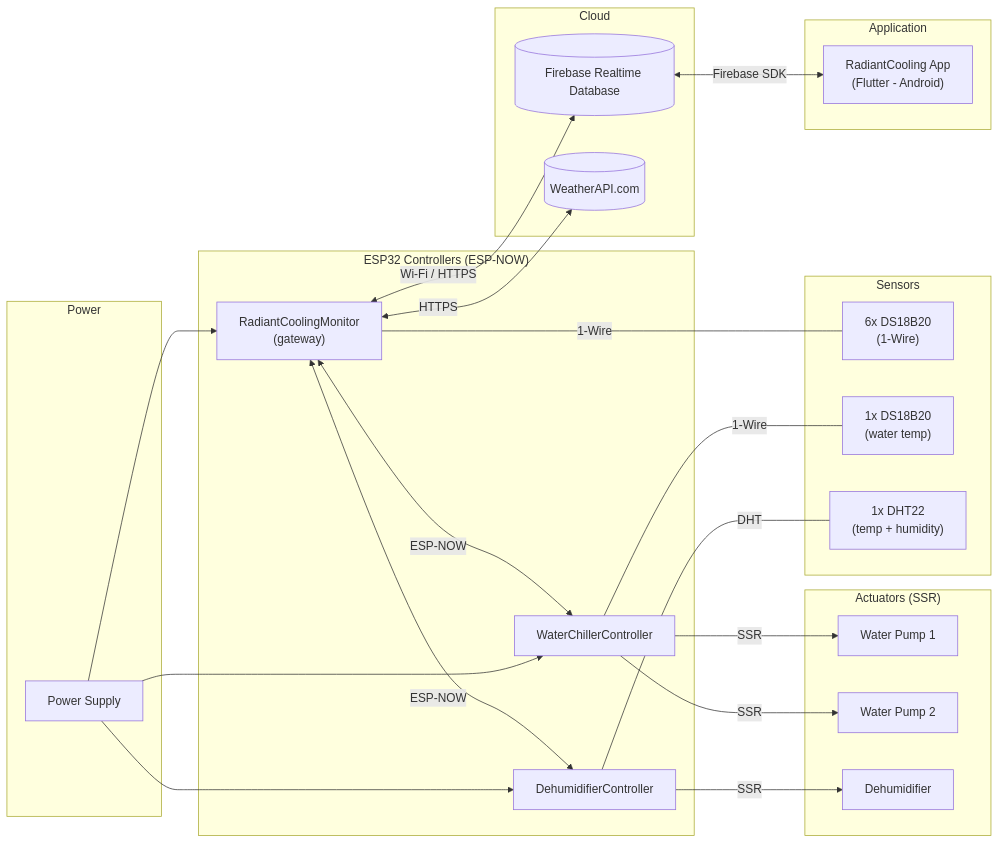
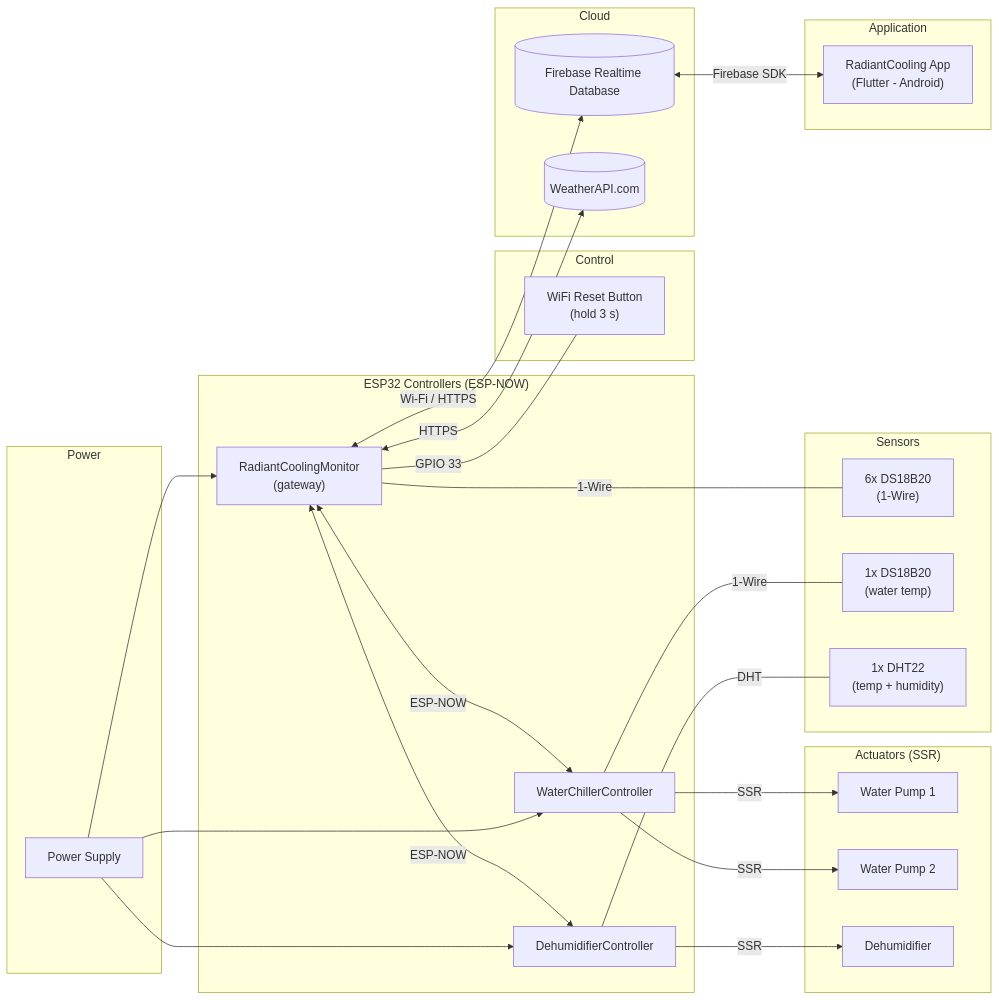
One commit to qppd/radiant-cooling changed the diagram in docs/diagrams/block-diagram.md. Above: the diagram before and after it, drawn with Mermaid. The commit also changed other lines of this file and 25 other files, not shown here.

````diff
--- a/docs/diagrams/block-diagram.md
+++ b/docs/diagrams/block-diagram.md
@@ -17,52 +17,57 @@
 ```mermaid
 flowchart LR
     subgraph PWR["Power"]
         PS["Power Supply"]
     end
 
     subgraph CTRL["ESP32 Controllers (ESP-NOW)"]
         GW["RadiantCoolingMonitor<br/>(gateway)"]
         WCC["WaterChillerController"]
         DHC["DehumidifierController"]
     end
 
     subgraph SEN["Sensors"]
         T6["6x DS18B20<br/>(1-Wire)"]
         T1["1x DS18B20<br/>(water temp)"]
         DHT["1x DHT22<br/>(temp + humidity)"]
+    end
+
+    subgraph BTN["Control"]
+        RESET["WiFi Reset Button<br/>(hold 3 s)"]
     end
 
     subgraph ACT["Actuators (SSR)"]
         P1["Water Pump 1"]
         P2["Water Pump 2"]
         DHU["Dehumidifier"]
     end
 
     subgraph CLOUD["Cloud"]
         FB[("Firebase Realtime Database")]
         WX[("WeatherAPI.com")]
     end
 
     subgraph APP["Application"]
         UI["RadiantCooling App<br/>(Flutter - Android)"]
     end
 
     PS --> GW
     PS --> WCC
     PS --> DHC
 
     GW <-->|"ESP-NOW"| WCC
     GW <-->|"ESP-NOW"| DHC
 
     GW ---|"1-Wire"| T6
+    GW ---|"GPIO 33"| RESET
     WCC ---|"1-Wire"| T1
     DHC ---|"DHT"| DHT
 
     WCC -->|"SSR"| P1
     WCC -->|"SSR"| P2
     DHC -->|"SSR"| DHU
 
     GW <-->|"Wi-Fi / HTTPS"| FB
     GW <-->|"HTTPS"| WX
     FB <-->|"Firebase SDK"| UI
 ```
````
